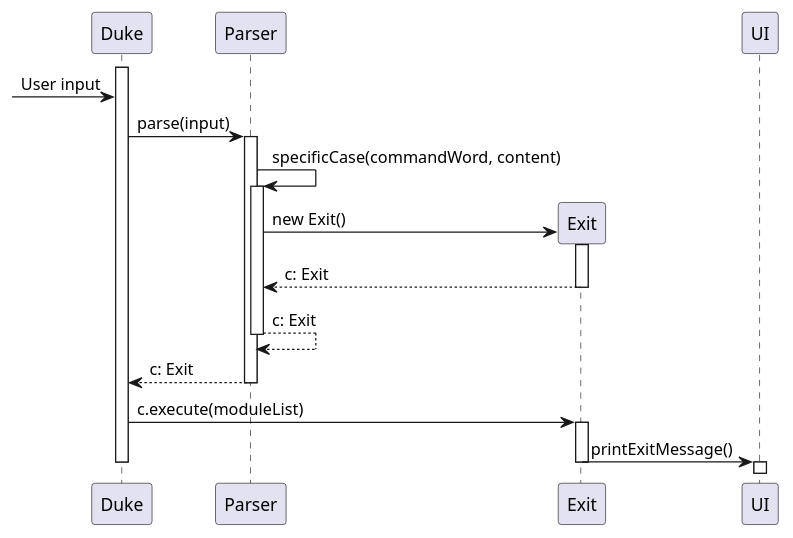
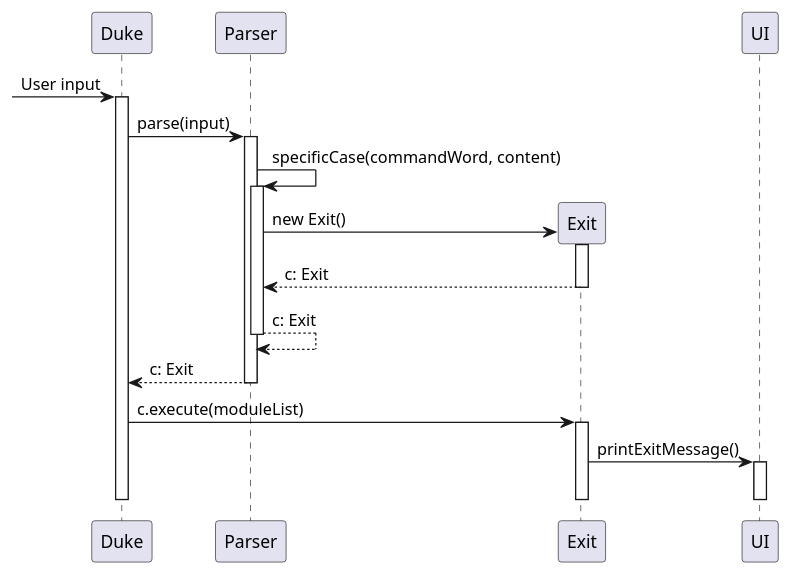
Before and after one commit to nus-cs2113-AY2223S1/tp: the diagram in docs/diagrams/ExitUML.puml, drawn with PlantUML. The commit also changed other lines of this file and 21 other files, not shown here.

Commit message:
Updates to all sequence diagrams of DG

```diff
--- a/docs/diagrams/ExitUML.puml
+++ b/docs/diagrams/ExitUML.puml
@@ -4,23 +4,23 @@
 @startuml
+[-> Duke: User input
 activate Duke
-[-> Duke: User input
 Duke -> Parser: parse(input)
 activate Parser
 Parser -> Parser: specificCase(commandWord, content)
 activate Parser
 create Exit
 Parser -> Exit: new Exit()
 activate Exit
 return c: Exit
 return c: Exit
 return c: Exit
 deactivate Parser
 Duke -> Exit: c.execute(moduleList)
 activate Exit
 Exit -> UI: printExitMessage()
-deactivate Exit
 activate UI
 deactivate UI
+deactivate Exit
 deactivate Duke
 
 @enduml
```
